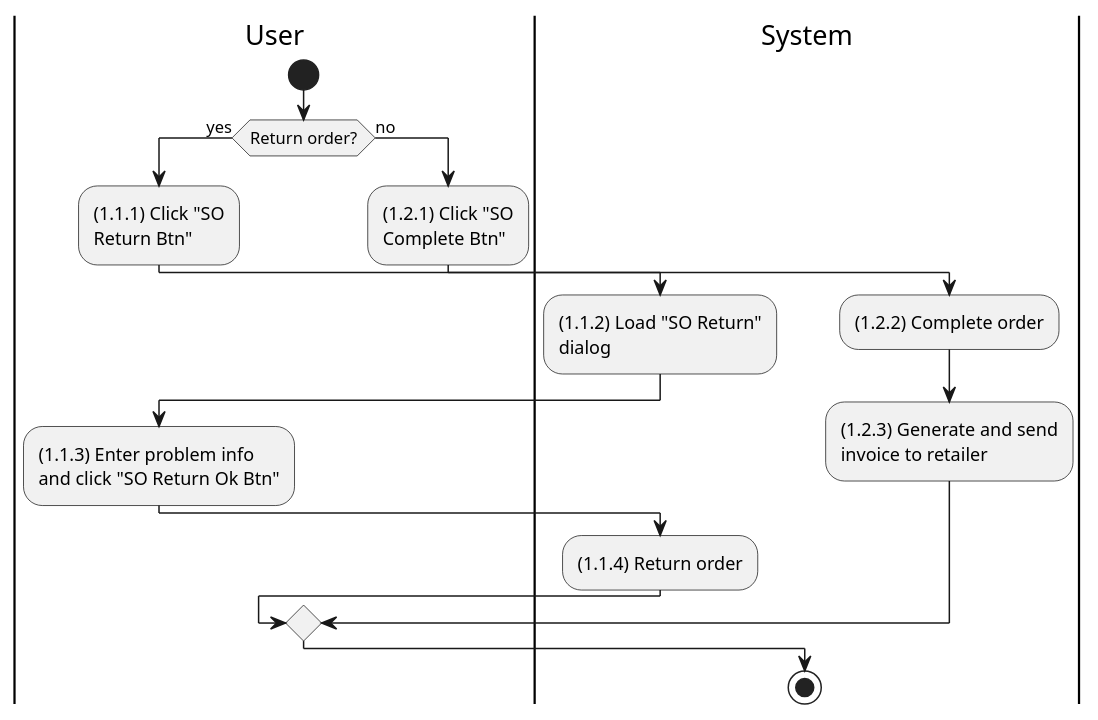
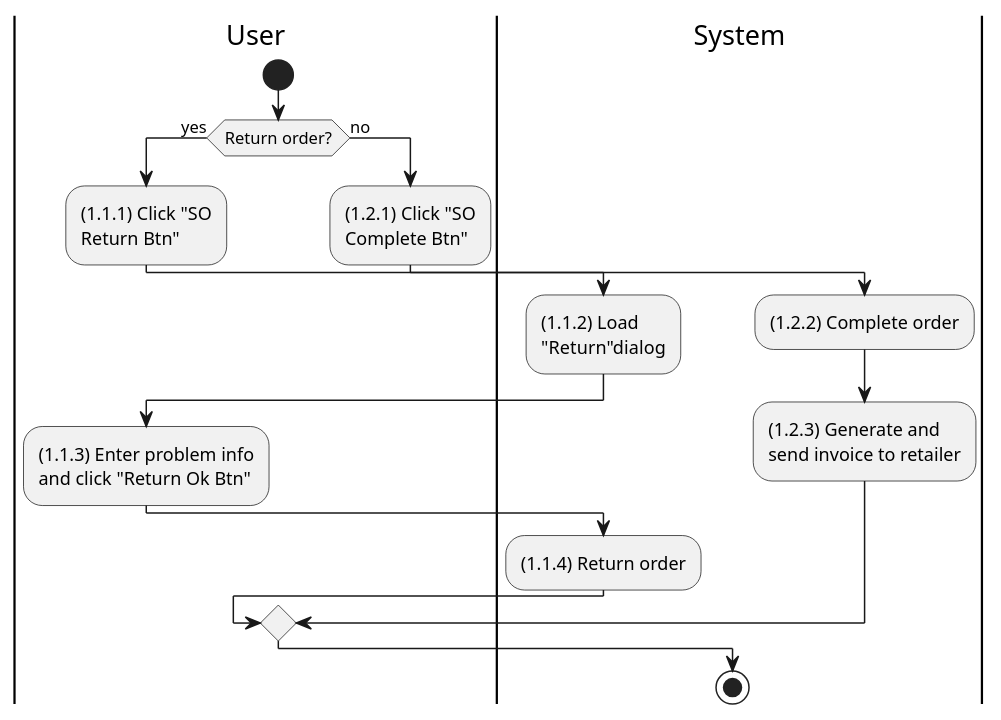
One commit to phihungha/scmss-reqs changed the diagram in activities/sales-order-complete.plantuml. Above: the diagram before and after it, drawn with PlantUML. The commit also changed 15 other files, not shown here.

```diff
--- a/activities/sales-order-complete.plantuml
+++ b/activities/sales-order-complete.plantuml
@@ -1,28 +1,28 @@
 @startuml sales-order-complete
 |u|User
 |s|System
 
 |u|
 start
 if (Return order?) then (yes)
     |u|
     :(1.1.1) Click "SO\nReturn Btn";
 
     |s|
-    :(1.1.2) Load "SO Return"\ndialog;
+    :(1.1.2) Load\n"Return"dialog;
 
     |u|
-    :(1.1.3) Enter problem info\nand click "SO Return Ok Btn";
+    :(1.1.3) Enter problem info\nand click "Return Ok Btn";
 
     |s|
     :(1.1.4) Return order;
 else (no)
     |u|
     :(1.2.1) Click "SO\nComplete Btn";
 
     |s|
     :(1.2.2) Complete order;
-    :(1.2.3) Generate and send\ninvoice to retailer;
+    :(1.2.3) Generate and\nsend invoice to retailer;
 endif
 stop
 @enduml
```
